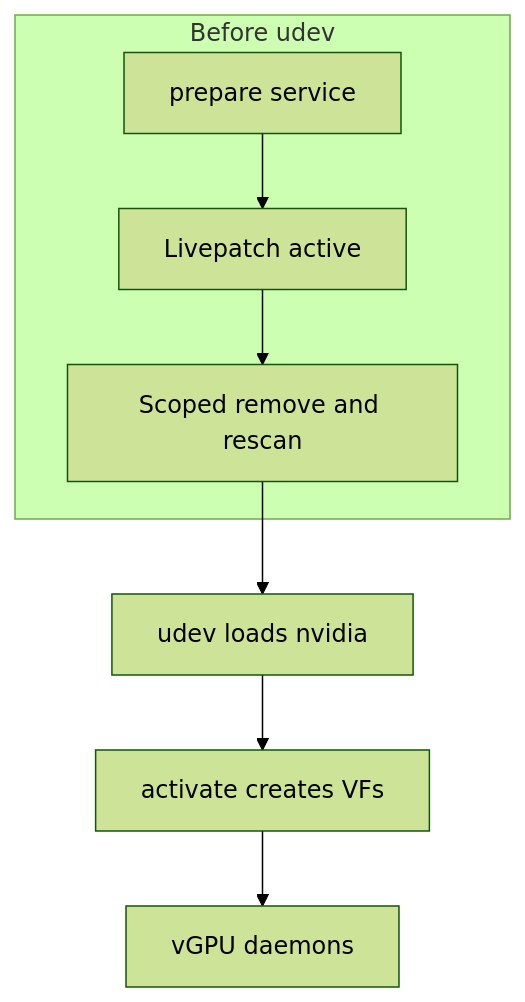
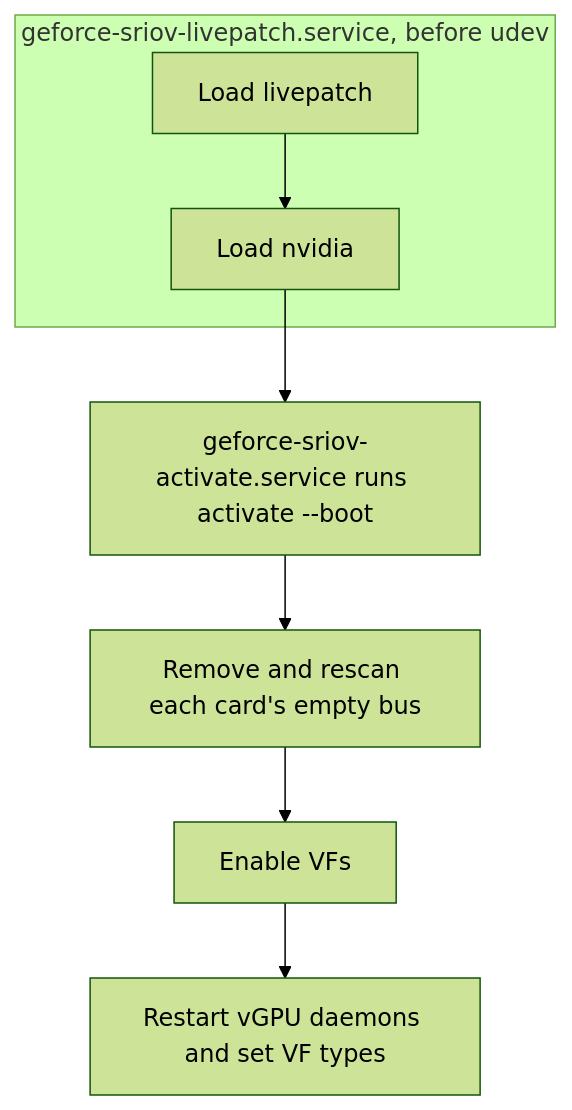
Before and after one commit to noon-at-cgn/geforce-sriov: the first of 9 diagrams in docs/technical-reference.md, drawn with Mermaid (forest theme). The commit also changed other lines of this file and 88 other files, not shown here.

Commit message:
geforce-sriov 0.3.0

````diff
--- a/docs/technical-reference.md
+++ b/docs/technical-reference.md
@@ -34,10 +44,10 @@
 ```mermaid
 flowchart TD
-    subgraph Early["Before udev"]
-        P["prepare service"] --> L["Livepatch active"]
-        L --> R["Scoped remove and rescan"]
+    subgraph Early["geforce-sriov-livepatch.service, before udev"]
+        L["Load livepatch"] --> N["Load nvidia"]
     end
-    R --> U["udev loads nvidia"]
-    U --> A["activate creates VFs"]
-    A --> D["vGPU daemons"]
+    N --> A["geforce-sriov-activate.service runs activate --boot"]
+    A --> R["Remove and rescan each card's empty bus"]
+    R --> V["Enable VFs"]
+    V --> D["Restart vGPU daemons and set VF types"]
 ```
````
